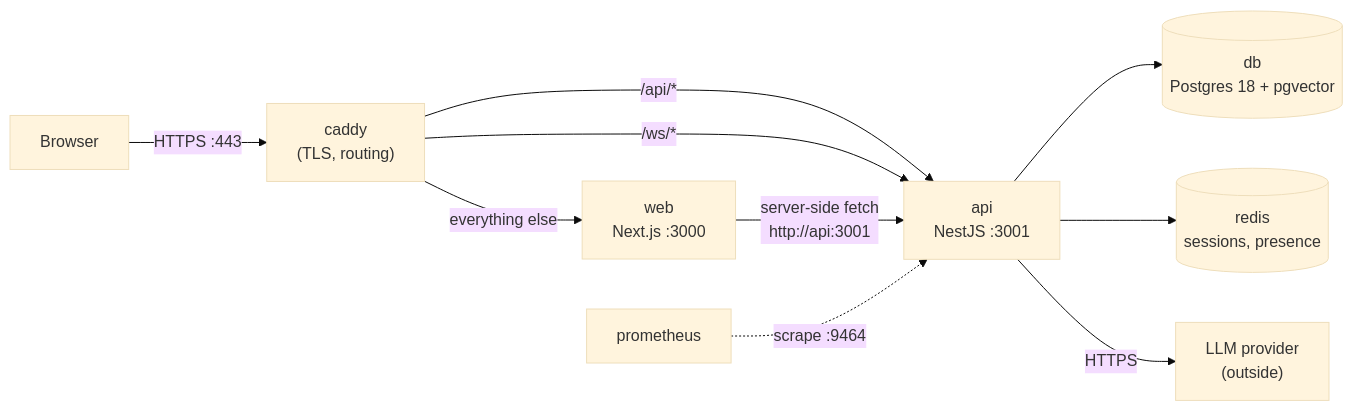
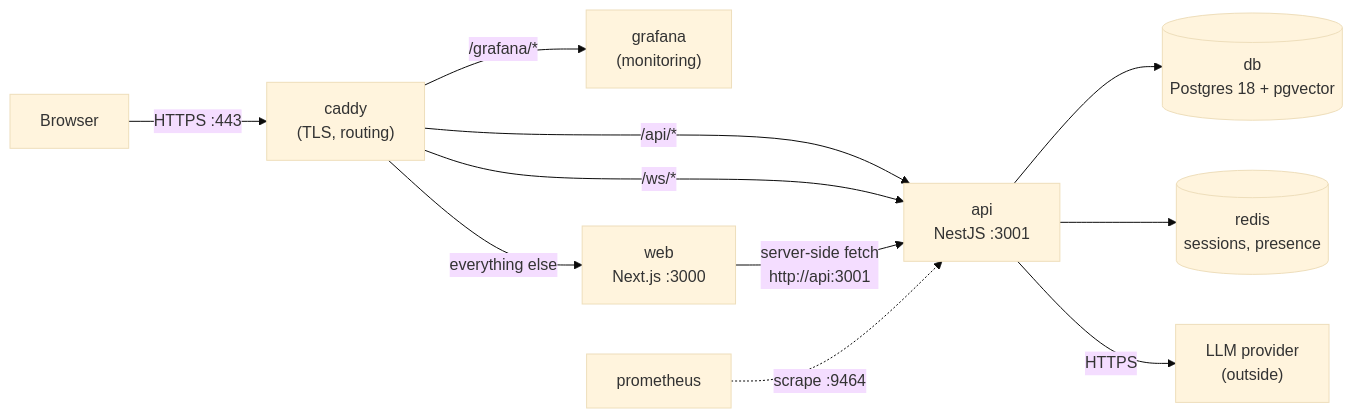
One commit to VictorBro/ft_transcendence changed the third of 8 diagrams in docs/api/01-big-picture.md. Above: the diagram before and after it, drawn with Mermaid (base theme). The commit also changed other lines of this file and 85 other files, not shown here.

````diff
--- a/docs/api/01-big-picture.md
+++ b/docs/api/01-big-picture.md
@@ -177,12 +177,13 @@
 ```mermaid
 flowchart LR
     browser["Browser"] -->|"HTTPS :443"| caddy["caddy<br/>(TLS, routing)"]
     caddy -->|"/api/*"| api["api<br/>NestJS :3001"]
     caddy -->|"/ws/*"| api
+    caddy -->|"/grafana/*"| grafana["grafana<br/>(monitoring)"]
     caddy -->|"everything else"| web["web<br/>Next.js :3000"]
     web -->|"server-side fetch<br/>http://api:3001"| api
     api --> db[("db<br/>Postgres 18 + pgvector")]
     api --> redis[("redis<br/>sessions, presence")]
     api -->|"HTTPS"| llm["LLM provider<br/>(outside)"]
     prom["prometheus"] -.->|"scrape :9464"| api
 ```
````
